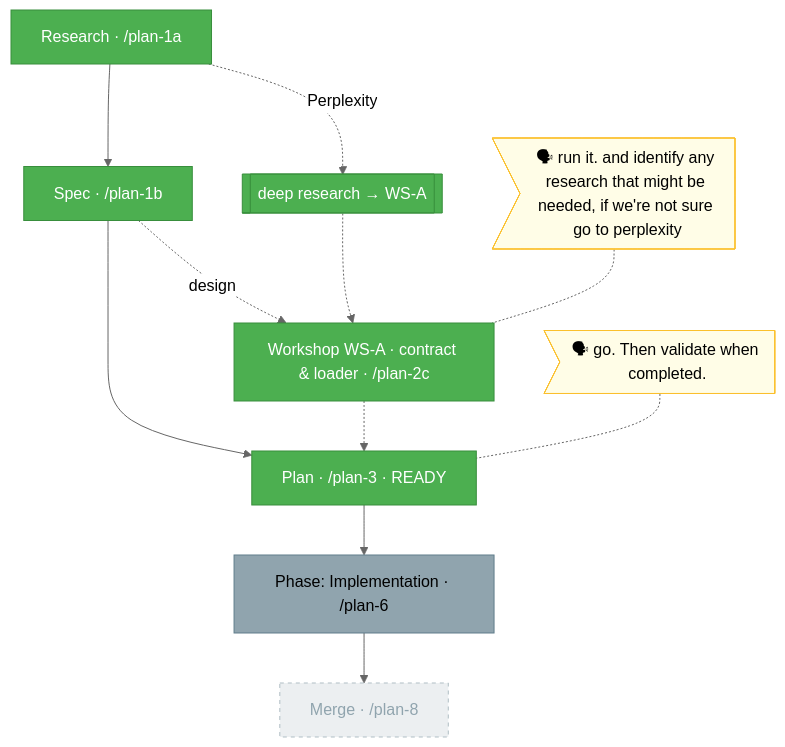
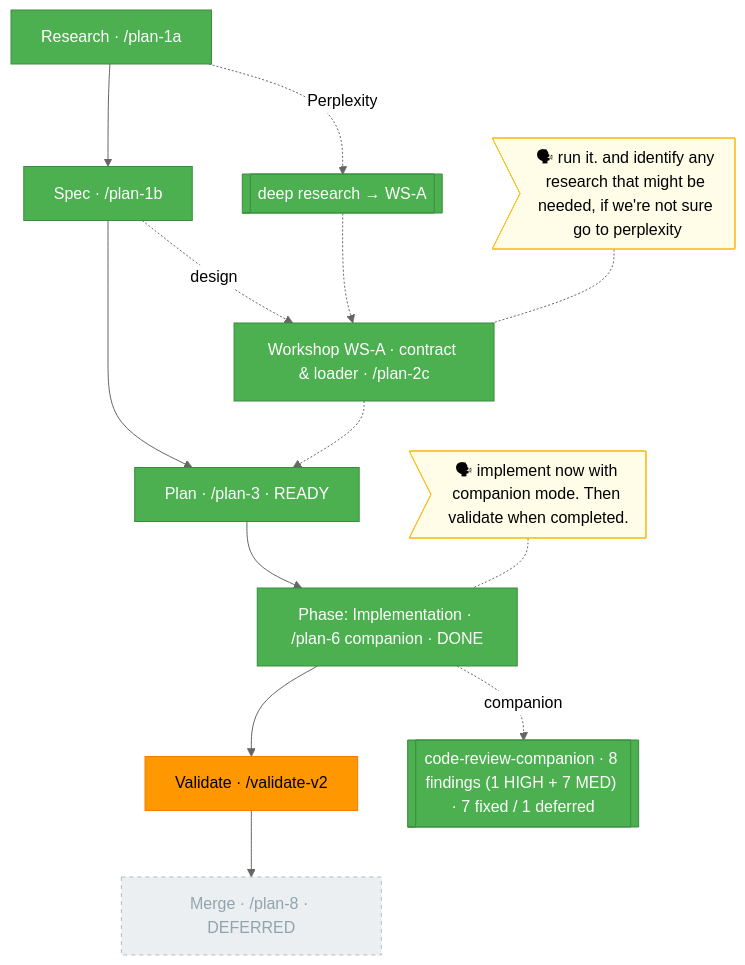
One commit to AI-Substrate/harness-engineering changed the diagram in docs/plans/005-harness-extension-system/the-flow.md. Above: the diagram before and after it, drawn with Mermaid (neutral theme). The commit also changed other lines of this file and 2 other files, not shown here.

Commit message:
docs(plan-005): advance the-flow bookkeeping — Implementation phase done (milestones 4/5)

````diff
--- a/docs/plans/005-harness-extension-system/the-flow.md
+++ b/docs/plans/005-harness-extension-system/the-flow.md
@@ -8,29 +8,33 @@
 ```mermaid
 flowchart TD
     classDef done    fill:#4CAF50,stroke:#388E3C,color:#fff
     classDef wip     fill:#FF9800,stroke:#F57C00,color:#000
     classDef blocked fill:#F44336,stroke:#D32F2F,color:#fff
     classDef known   fill:#90A4AE,stroke:#607D8B,color:#000
     classDef assumed fill:#ECEFF1,stroke:#B0BEC5,color:#90A4AE,stroke-dasharray:4 4
     classDef said    fill:#FFFDE7,stroke:#FBC02D,color:#000
 
     %% ── spine (vertical) ──
     R[Research · /plan-1a]:::done --> S[Spec · /plan-1b]:::done
     S --> PL[Plan · /plan-3 · READY]:::done
-    PL --> IMPL[Phase: Implementation · /plan-6]:::known
-    IMPL --> M[Merge · /plan-8]:::assumed
+    PL --> IMPL[Phase: Implementation · /plan-6 companion · DONE]:::done
+    IMPL --> V[Validate · /validate-v2]:::wip
+    V --> M[Merge · /plan-8 · DEFERRED]:::assumed
 
     %% ── excursion: WS-A workshop (done; settled the 6 pivotal decisions) ──
     S -.->|design| WSA[Workshop WS-A · contract & loader · /plan-2c]:::done
     WSA -.-> PL
 
     %% ── excursion: research folded into WS-A (Perplexity, done) ──
     R -.->|Perplexity| DR[["deep research → WS-A"]]:::done
     DR -.-> WSA
 
+    %% ── excursion: live code-review companion (done; 8 findings, 7 fixed) ──
+    IMPL -.->|companion| CR[["code-review-companion · 8 findings (1 HIGH + 7 MED) · 7 fixed / 1 deferred"]]:::done
+
     %% ── verbatim user-said bubbles ──
     UW>"🗣 run it. and identify any research that might be needed, if we're not sure go to perplexity"]:::said
     UW -.- WSA
-    UP>"🗣 go. Then validate when completed."]:::said
-    UP -.- PL
+    UP>"🗣 implement now with companion mode. Then validate when completed."]:::said
+    UP -.- IMPL
 ```
````
